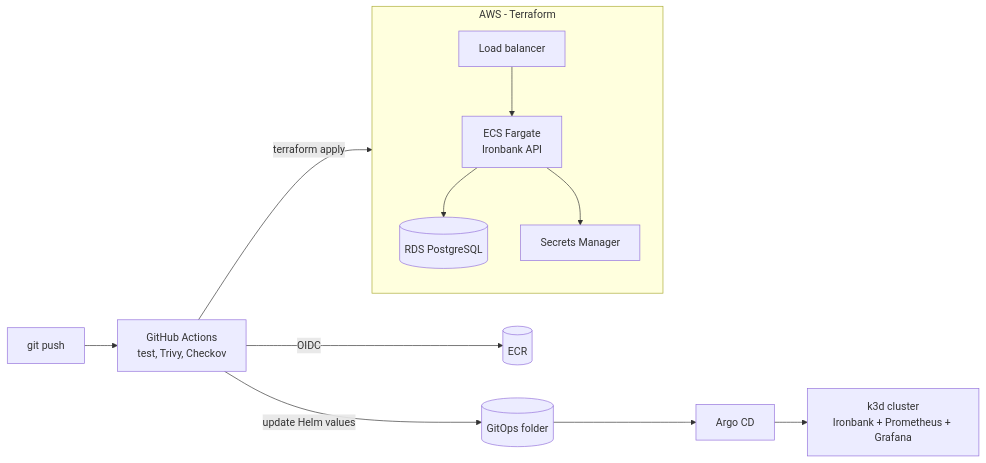
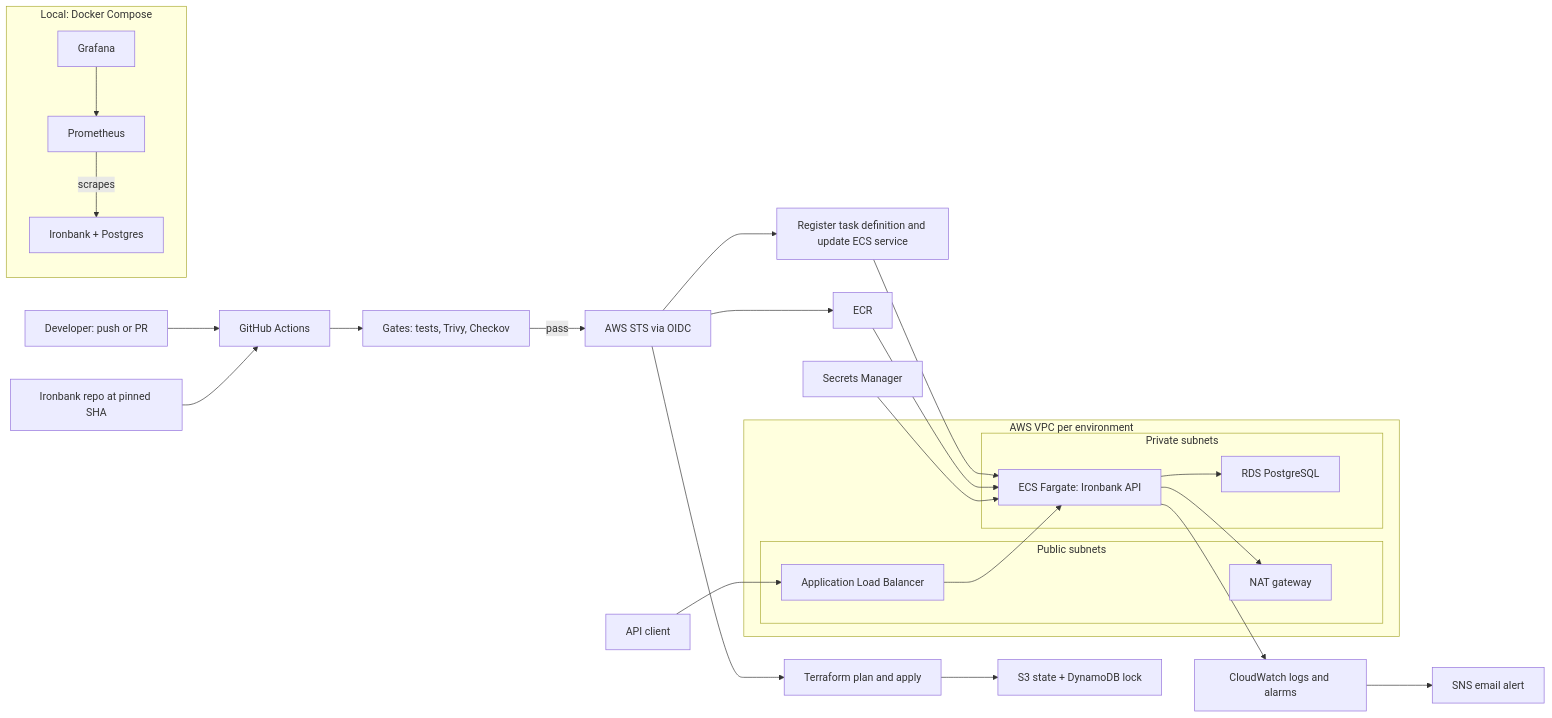
Before and after one commit to striderzz/CloudShip-DevOps: the diagram in README.md, drawn with Mermaid. The commit also changed other lines of this file and 3 other files, not shown here.

````diff
--- a/README.md
+++ b/README.md
@@ -28,13 +28,36 @@
 ```mermaid
 flowchart LR
-    DEV[git push] --> GA[GitHub Actions<br/>test, Trivy, Checkov]
-    GA -->|OIDC| ECR[(ECR)]
-    GA -->|terraform apply| AWS
-    subgraph AWS[AWS - Terraform]
-        ALB[Load balancer] --> ECS[ECS Fargate<br/>Ironbank API]
-        ECS --> RDS[(RDS PostgreSQL)]
-        ECS --> SM[Secrets Manager]
+    DEV["Developer: push or PR"] --> GHA["GitHub Actions"]
+    IBREPO["Ironbank repo at pinned SHA"] --> GHA
+    GHA --> GATES["Gates: tests, Trivy, Checkov"]
+    GATES -->|pass| STS["AWS STS via OIDC"]
+    STS --> ECR["ECR"]
+    STS --> TF["Terraform plan and apply"]
+    TF --> STATE["S3 state + DynamoDB lock"]
+    STS --> DEPLOY["Register task definition and update ECS service"]
+
+    subgraph VPC["AWS VPC per environment"]
+        subgraph PUB["Public subnets"]
+            ALB["Application Load Balancer"]
+            NAT["NAT gateway"]
+        end
+        subgraph PRIV["Private subnets"]
+            ECS["ECS Fargate: Ironbank API"]
+            RDS["RDS PostgreSQL"]
+        end
     end
-    GA -->|update Helm values| GIT[(GitOps folder)]
-    GIT --> ARGO[Argo CD] --> K3D[k3d cluster<br/>Ironbank + Prometheus + Grafana]
+
+    CLIENT["API client"] --> ALB --> ECS --> RDS
+    DEPLOY --> ECS
+    ECR --> ECS
+    SM["Secrets Manager"] --> ECS
+    ECS --> NAT
+    ECS --> CW["CloudWatch logs and alarms"]
+    CW --> SNS["SNS email alert"]
+
+    subgraph LOCAL["Local: Docker Compose"]
+        LAPI["Ironbank + Postgres"]
+        PROM["Prometheus"] -->|scrapes| LAPI
+        GRAF["Grafana"] --> PROM
+    end
 ```
````
